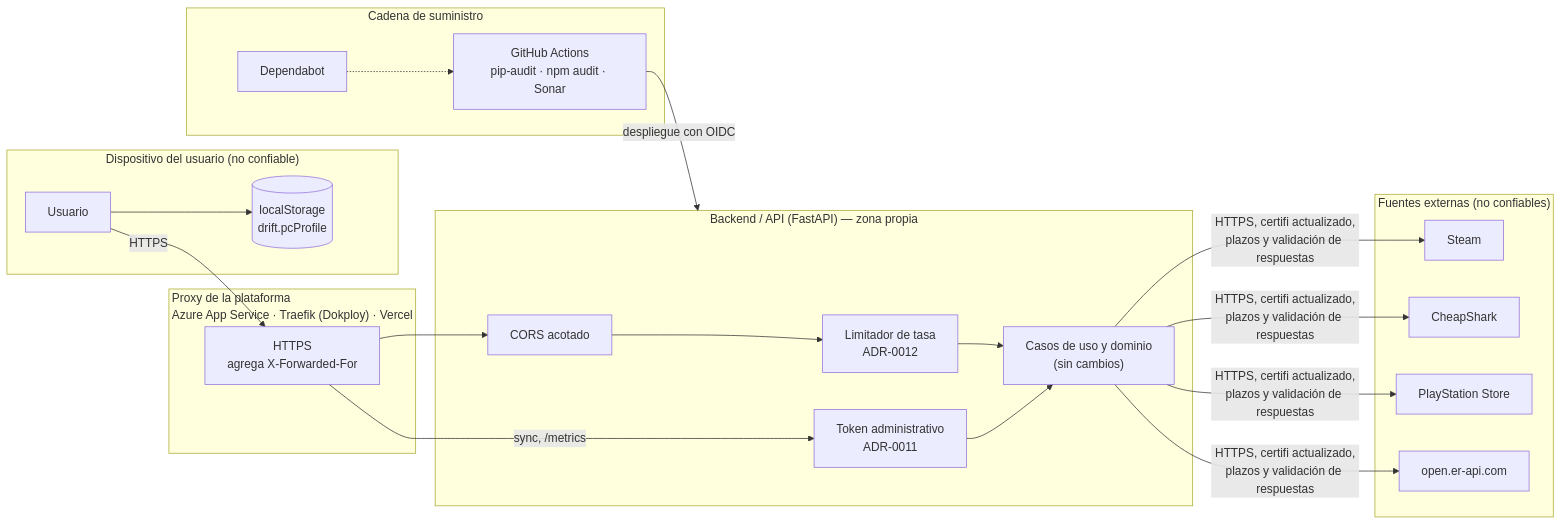
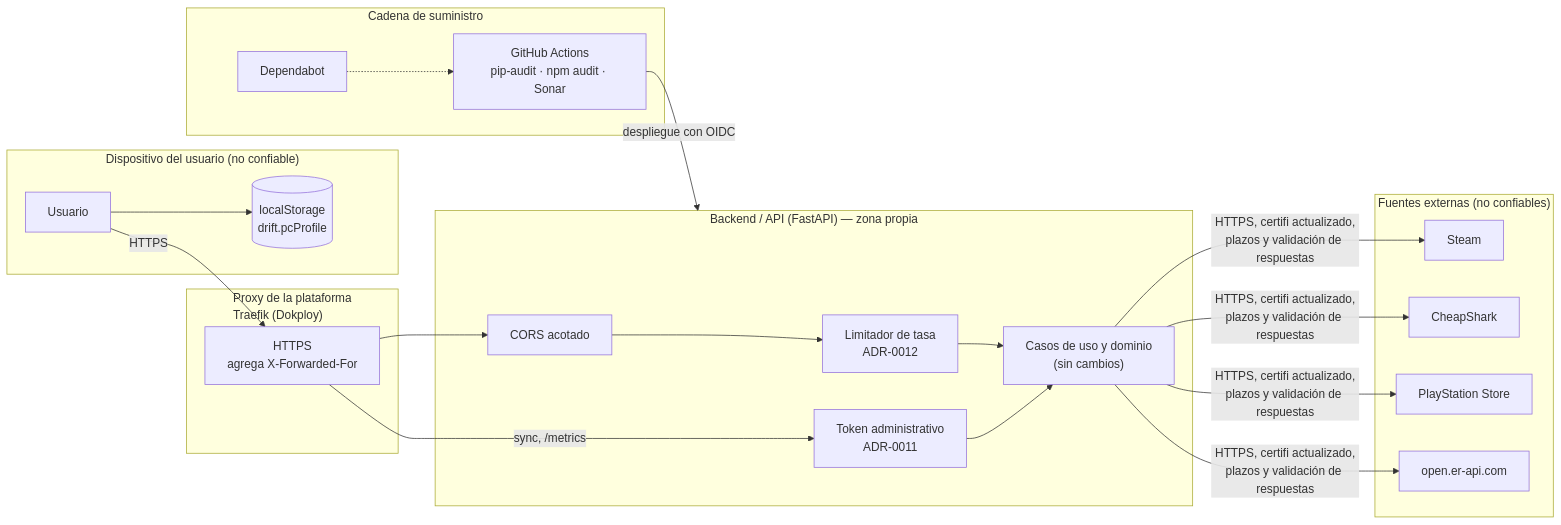
Before and after one commit to ISCOUTB/AS_202620_Drift: the third of 3 diagrams in docs/arc42/arc42_8_conceptos_transversales.md, drawn with Mermaid. The commit also changed other lines of this file and 31 other files, not shown here.

````diff
--- a/docs/arc42/arc42_8_conceptos_transversales.md
+++ b/docs/arc42/arc42_8_conceptos_transversales.md
@@ -361,37 +361,37 @@
 ```mermaid
 flowchart LR
     subgraph DISP["Dispositivo del usuario (no confiable)"]
         USER["Usuario"]
         LS[("localStorage<br/>drift.pcProfile")]
     end
 
-    subgraph PROXY["Proxy de la plataforma<br/>Azure App Service · Traefik (Dokploy) · Vercel"]
+    subgraph PROXY["Proxy de la plataforma<br/>Traefik (Dokploy)"]
         TLS["HTTPS<br/>agrega X-Forwarded-For"]
     end
 
     subgraph API["Backend / API (FastAPI) — zona propia"]
         RL["Limitador de tasa<br/>ADR-0012"]
         CORS["CORS acotado"]
         ADM["Token administrativo<br/>ADR-0011"]
         UC["Casos de uso y dominio<br/>(sin cambios)"]
     end
 
     subgraph EXT["Fuentes externas (no confiables)"]
         STEAM["Steam"]
         CS["CheapShark"]
         PSN["PlayStation Store"]
         FX["open.er-api.com"]
     end
 
     subgraph CICD["Cadena de suministro"]
         GH["GitHub Actions<br/>pip-audit · npm audit · Sonar"]
         DB["Dependabot"]
     end
 
     USER --> LS
     USER -->|"HTTPS"| TLS --> CORS --> RL --> UC
     TLS -->|"sync, /metrics"| ADM --> UC
     UC -->|"HTTPS, certifi actualizado,<br/>plazos y validación de respuestas"| STEAM & CS & PSN & FX
     GH -->|"despliegue con OIDC"| API
     DB -.-> GH
 ```
````
